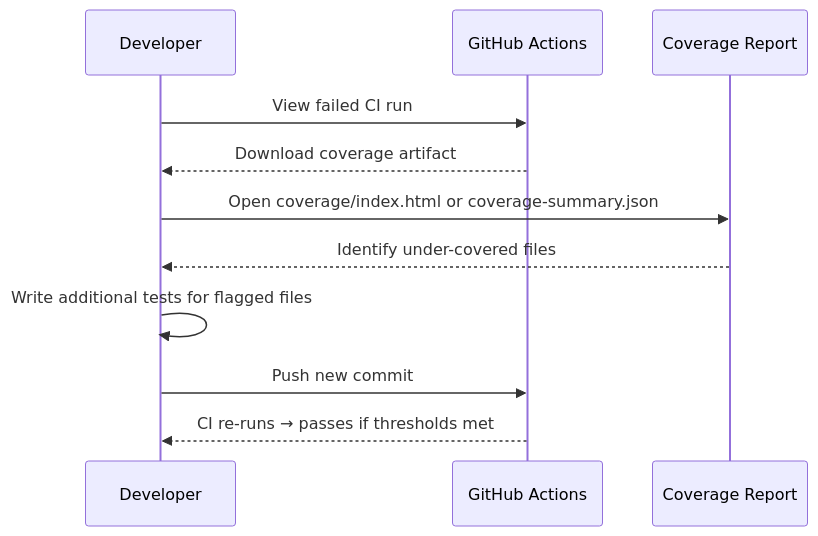
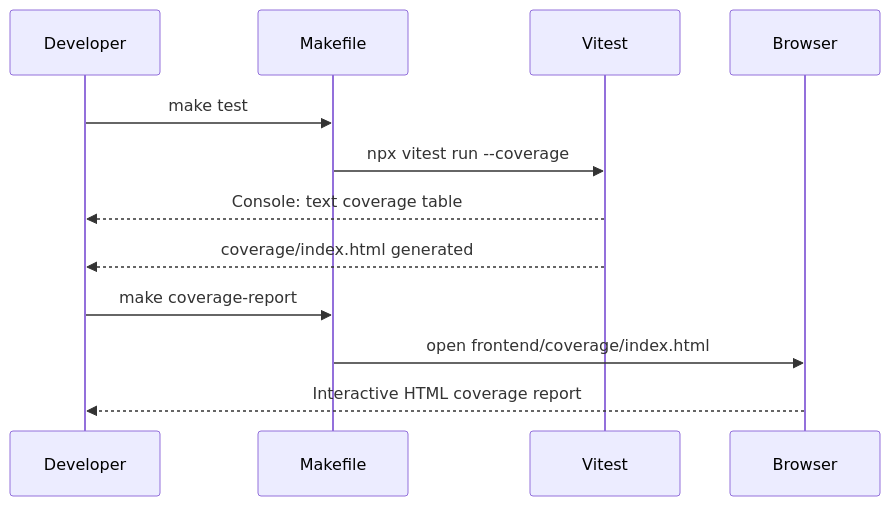
The second of 2 diagrams in docs/features/NFR-MAINT-001/LOW_LEVEL_DESIGN.md (sreenivasmrpivot/legobuilder), drawn with Mermaid before and after one commit. The commit also changed other lines of this file, not shown here.

First line of the commit message:
docs: LLD for NFR-MAINT-001 — Enforce ≥60% state logic and ≥50% component test coverage in CI

````diff
--- a/docs/features/NFR-MAINT-001/LOW_LEVEL_DESIGN.md
+++ b/docs/features/NFR-MAINT-001/LOW_LEVEL_DESIGN.md
@@ -288,14 +264,15 @@
 ```mermaid
 sequenceDiagram
     participant Dev as Developer
-    participant GH as GitHub Actions
-    participant Report as Coverage Report
+    participant Make as Makefile
+    participant Vitest as Vitest
+    participant Browser as Browser
 
-    Dev->>GH: View failed CI run
-    GH-->>Dev: Download coverage artifact
-    Dev->>Report: Open coverage/index.html or coverage-summary.json
-    Report-->>Dev: Identify under-covered files
-    Dev->>Dev: Write additional tests for flagged files
-    Dev->>GH: Push new commit
-    GH-->>Dev: CI re-runs → passes if thresholds met
+    Dev->>Make: make test
+    Make->>Vitest: npx vitest run --coverage
+    Vitest-->>Dev: Console: text coverage table
+    Vitest-->>Dev: coverage/index.html generated
+    Dev->>Make: make coverage-report
+    Make->>Browser: open frontend/coverage/index.html
+    Browser-->>Dev: Interactive HTML coverage report
 ```
````
